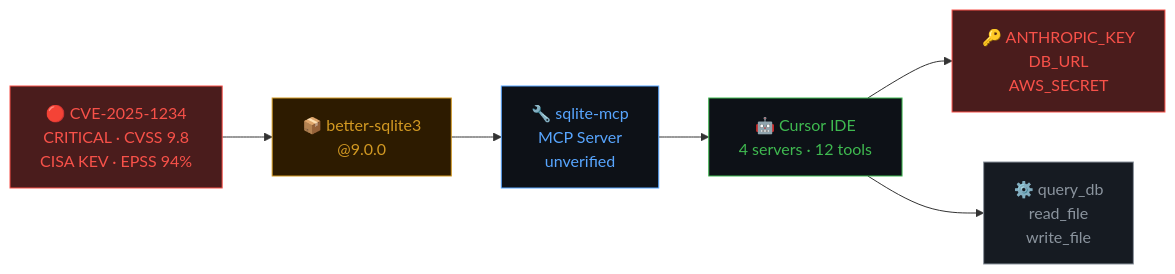
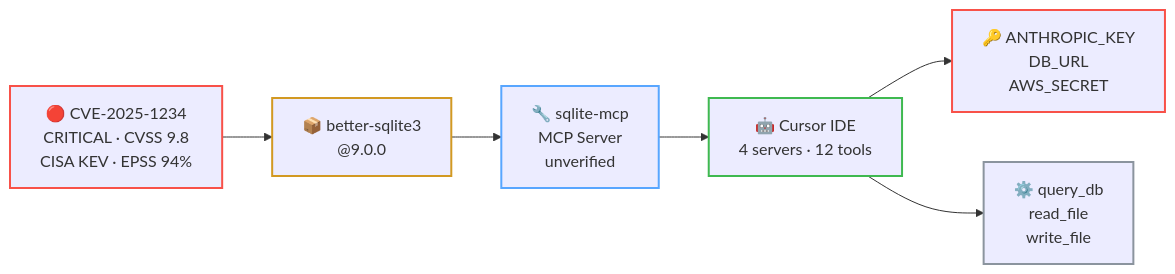
The second of 4 diagrams in README.md (msaad00/agent-bom), drawn with Mermaid before and after one commit. The commit also changed other lines of this file and 2 other files, not shown here.

First line of the commit message:
fix: Mermaid diagrams visible on GitHub dark mode + high-res demo GIF

````diff
--- a/README.md
+++ b/README.md
@@ -98,19 +98,19 @@
 ```mermaid
 flowchart LR
     CVE["🔴 CVE-2025-1234\nCRITICAL · CVSS 9.8\nCISA KEV · EPSS 94%"]
     PKG["📦 better-sqlite3\n@9.0.0"]
     SRV["🔧 sqlite-mcp\nMCP Server\nunverified"]
     AGT["🤖 Cursor IDE\n4 servers · 12 tools"]
     CRED["🔑 ANTHROPIC_KEY\nDB_URL\nAWS_SECRET"]
     TOOL["⚙️ query_db\nread_file\nwrite_file"]
 
     CVE --> PKG --> SRV --> AGT --> CRED
     AGT --> TOOL
 
-    style CVE fill:#4a1c1c,stroke:#f85149,color:#f85149
-    style PKG fill:#2d1b00,stroke:#d29922,color:#d29922
-    style SRV fill:#0d1117,stroke:#58a6ff,color:#58a6ff
-    style AGT fill:#0d1117,stroke:#3fb950,color:#3fb950
-    style CRED fill:#4a1c1c,stroke:#f85149,color:#f85149
-    style TOOL fill:#161b22,stroke:#8b949e,color:#8b949e
+    style CVE stroke:#f85149,stroke-width:2px
+    style PKG stroke:#d29922,stroke-width:2px
+    style SRV stroke:#58a6ff,stroke-width:2px
+    style AGT stroke:#3fb950,stroke-width:2px
+    style CRED stroke:#f85149,stroke-width:2px
+    style TOOL stroke:#8b949e,stroke-width:2px
 ```
````
